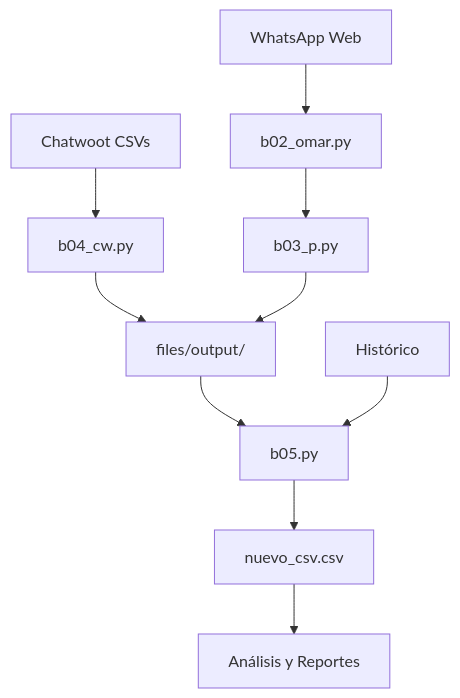
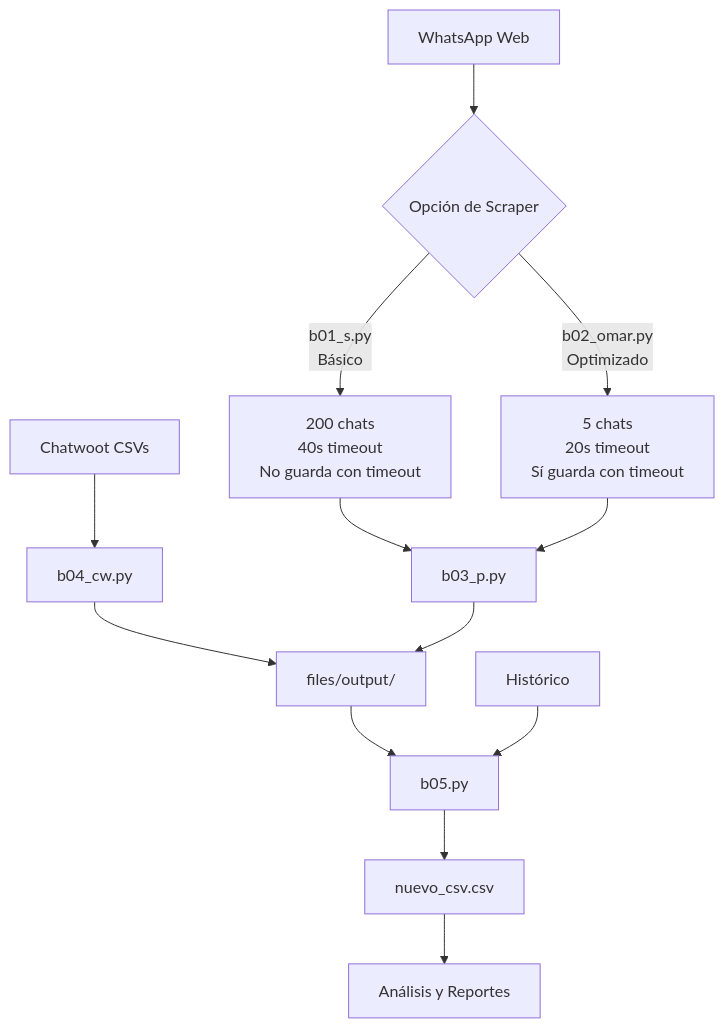
The diagram in README.md (yairfabricio/First_time_response_Power_bi), drawn with Mermaid before and after one commit. The commit also changed other lines of this file, not shown here.

````diff
--- a/README.md
+++ b/README.md
@@ -117,12 +120,15 @@
 ```mermaid
 graph TD
     A[Chatwoot CSVs] --> B[b04_cw.py]
-    C[WhatsApp Web] --> D[b02_omar.py]
-    D --> E[b03_p.py]
-    B --> F[files/output/]
-    E --> F
-    F --> G[b05.py]
-    H[Histórico] --> G
-    G --> I[nuevo_csv.csv]
-    I --> J[Análisis y Reportes]
+    C[WhatsApp Web] --> D{Opción de Scraper}
+    D -->|b01_s.py<br/>Básico| E[200 chats<br/>40s timeout<br/>No guarda con timeout]
+    D -->|b02_omar.py<br/>Optimizado| F[5 chats<br/>20s timeout<br/>Sí guarda con timeout]
+    E --> G[b03_p.py]
+    F --> G
+    B --> H[files/output/]
+    G --> H
+    H --> I[b05.py]
+    J[Histórico] --> I
+    I --> K[nuevo_csv.csv]
+    K --> L[Análisis y Reportes]
 ```
````
